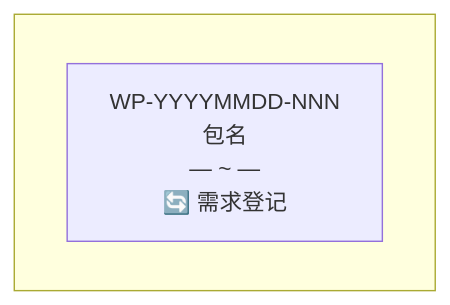
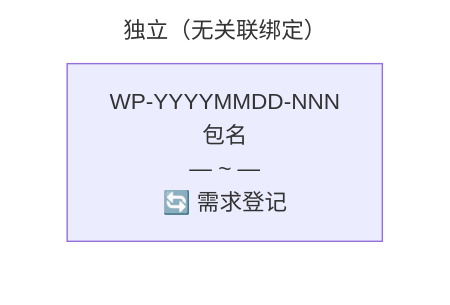
The fifth of 5 diagrams in ChronoPM-Project/assets/templates/wp-chart-template.md (qiusuo0226/chrono-pm-skill), drawn with Mermaid before and after one commit. The commit also changed other lines of this file and 3 other files, not shown here.

Commit message:
3.19.0 节点2：工作包图按关联横竖排列（CR-006）

````diff
--- a/ChronoPM-Project/assets/templates/wp-chart-template.md
+++ b/ChronoPM-Project/assets/templates/wp-chart-template.md
@@ -25,7 +77,8 @@
 ```mermaid
 graph TD
-  subgraph row1 [" "]
+  subgraph rInd ["独立（无关联绑定）"]
     direction LR
     WPyyy["WP-YYYYMMDD-NNN<br/>包名<br/>— ~ —<br/>🔄 需求登记"]
   end
+  style rInd fill:none,stroke:none,stroke-width:0px
 ```
````
